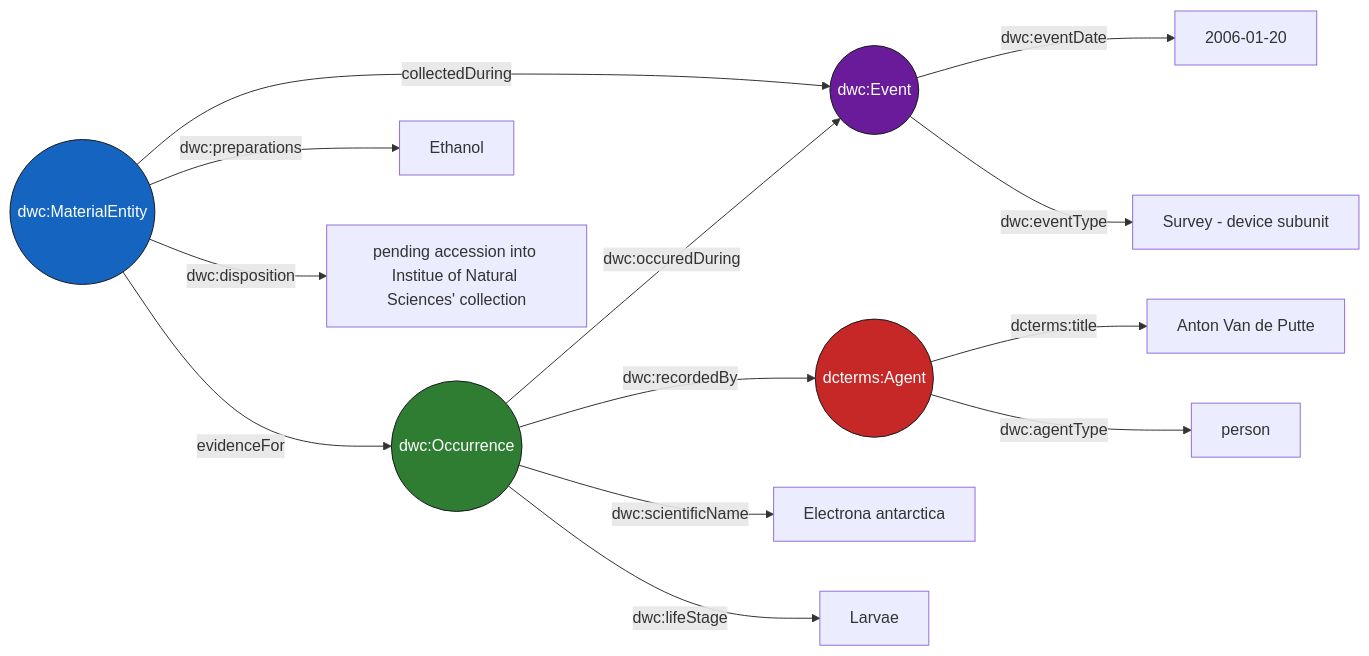
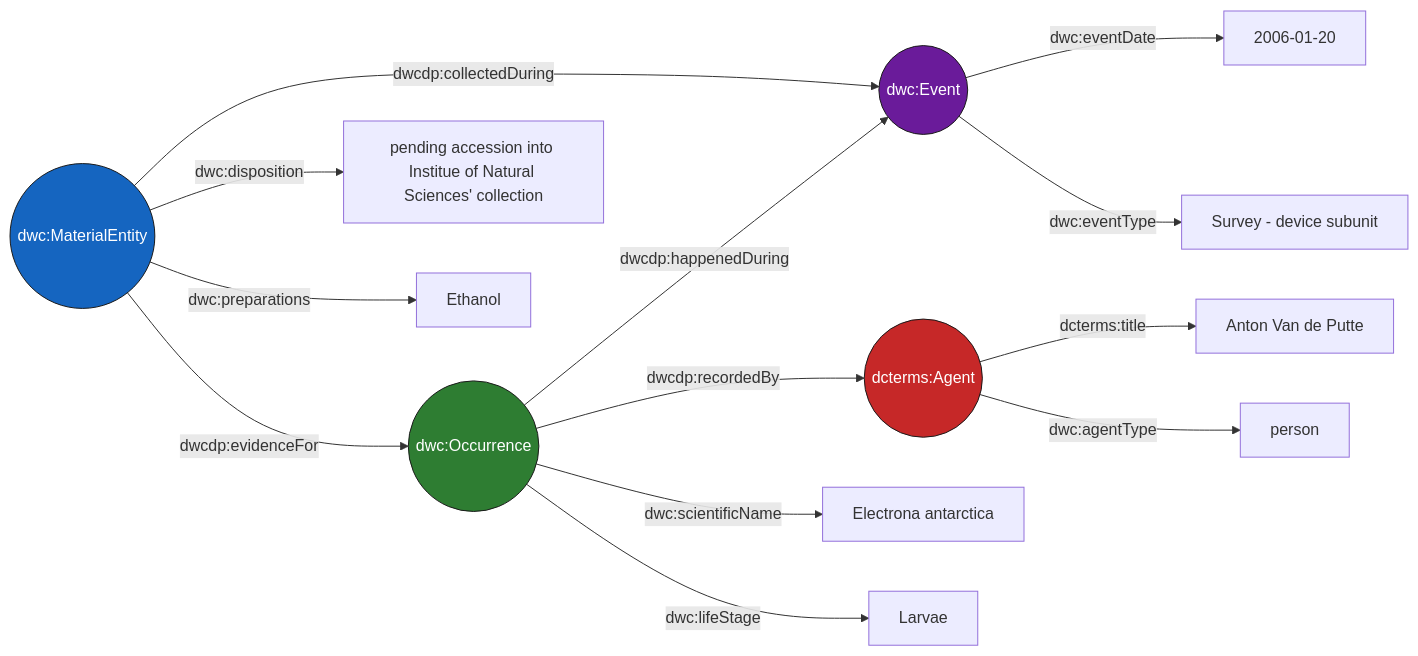
Before and after one commit to QCBS/semantic-data-cloud: the diagram in README.md, drawn with Mermaid. The commit also changed other lines of this file and 3 other files, not shown here.

````diff
--- a/README.md
+++ b/README.md
@@ -59,42 +59,42 @@
 ```mermaid
 graph LR
     Occ1((dwc:Occurrence))
     Evt1((dwc:Event))
     Ment1((dwc:MaterialEntity))
     Agt1((dcterms:Agent))
 
     Lit1["Electrona antarctica"]
     Lit2["Larvae"]
     Lit3["2006-01-20"]
     Lit4["Survey - device subunit"]
-    Lit5["Ethanol"]
-    Lit6["pending accession into Institue of Natural Sciences' collection"]
+    Lit5["pending accession into Institue of Natural Sciences' collection"]
+    Lit6["Ethanol"]
     Lit7["Anton Van de Putte"]
     Lit8["person"]
 
     Occ1 -- dwc:scientificName --> Lit1
     Occ1 -- dwc:lifeStage --> Lit2
-    Occ1 -- dwc:occuredDuring --> Evt1
-    Occ1 -- dwc:recordedBy --> Agt1
+    Occ1 -- dwcdp:happenedDuring --> Evt1
+    Occ1 -- dwcdp:recordedBy --> Agt1
 
     Evt1 -- dwc:eventDate --> Lit3
     Evt1 -- dwc:eventType --> Lit4
 
-    Ment1 -- collectedDuring --> Evt1
-    Ment1 -- evidenceFor --> Occ1
-    Ment1 -- dwc:disposition --> Lit6
-    Ment1 -- dwc:preparations --> Lit5
+    Ment1 -- dwc:disposition --> Lit5
+    Ment1 -- dwc:preparations --> Lit6
+    Ment1 -- dwcdp:collectedDuring --> Evt1
+    Ment1 -- dwcdp:evidenceFor --> Occ1
 
     Agt1 -- dcterms:title --> Lit7
     Agt1 -- dwc:agentType --> Lit8
 
     classDef Occurrence fill:#2e7d32,stroke:#1b1b1b,color:#ffffff;
     classDef Event fill:#6a1b9a,stroke:#1b1b1b,color:#ffffff;
     classDef MaterialEntity fill:#1565c0,stroke:#1b1b1b,color:#ffffff;
     classDef Agent fill:#c62828,stroke:#1b1b1b,color:#ffffff;
 
     class Occ1 Occurrence
     class Evt1 Event
     class Ment1 MaterialEntity
     class Agt1 Agent
 ```
````
